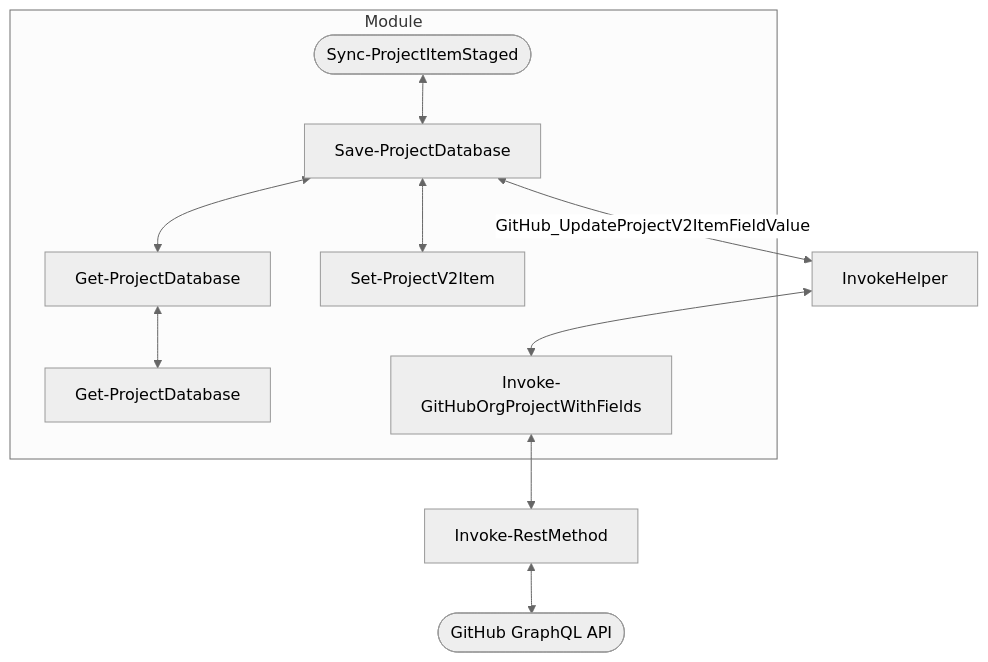
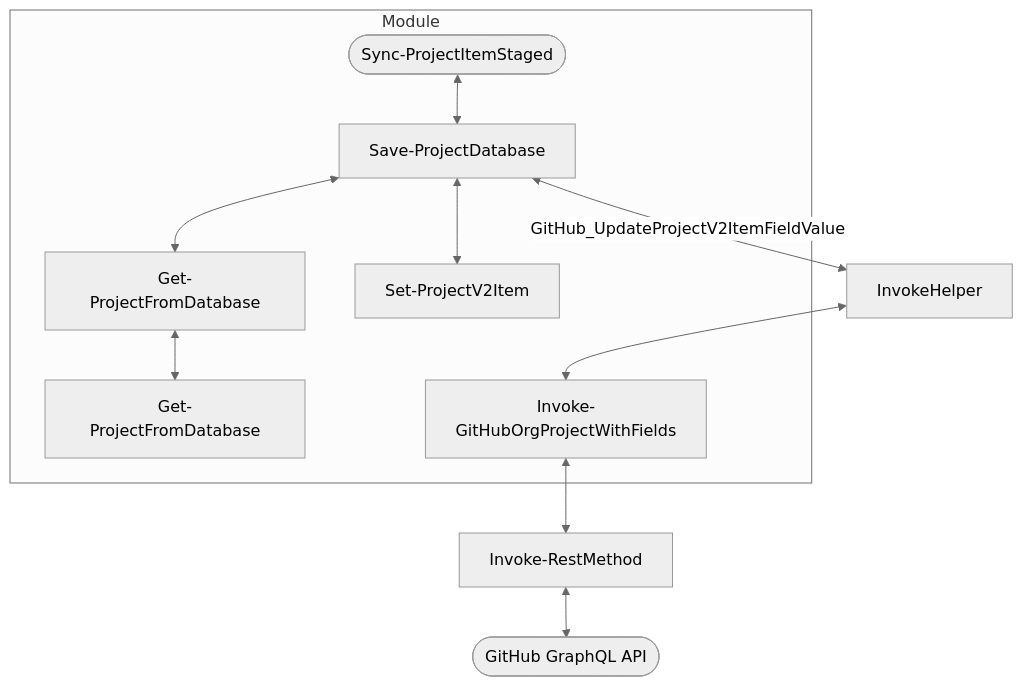
One commit to rulasg/ProjectHelper changed the first of 2 diagrams in Notes.md. Above: the diagram before and after it, drawn with Mermaid (neutral theme). The commit also changed 12 other files, not shown here.

````diff
--- a/Notes.md
+++ b/Notes.md
@@ -7,31 +7,31 @@
 ```mermaid
 graph TD;
 
     
 
     subgraph Module
         0([Sync-ProjectItemStaged])
         1[Save-ProjectDatabase]
-        2[Get-ProjectDatabase]
-        3[Get-ProjectDatabase]
+        2[Get-ProjectFromDatabase]
+        3[Get-ProjectFromDatabase]
         4[Set-ProjectV2Item]
         0<-->1
         1<-->2
         2<-->3
         1<-->4
 
 
         G[Invoke-GitHubOrgProjectWithFields]
     end
     1 <-- GitHub_UpdateProjectV2ItemFieldValue --> E
 
     E[InvokeHelper]
     I([GitHub GraphQL API])
     H[Invoke-RestMethod]
     G <--> H
     E <--> G
     H <--> I
 
 
     
 ```
````
